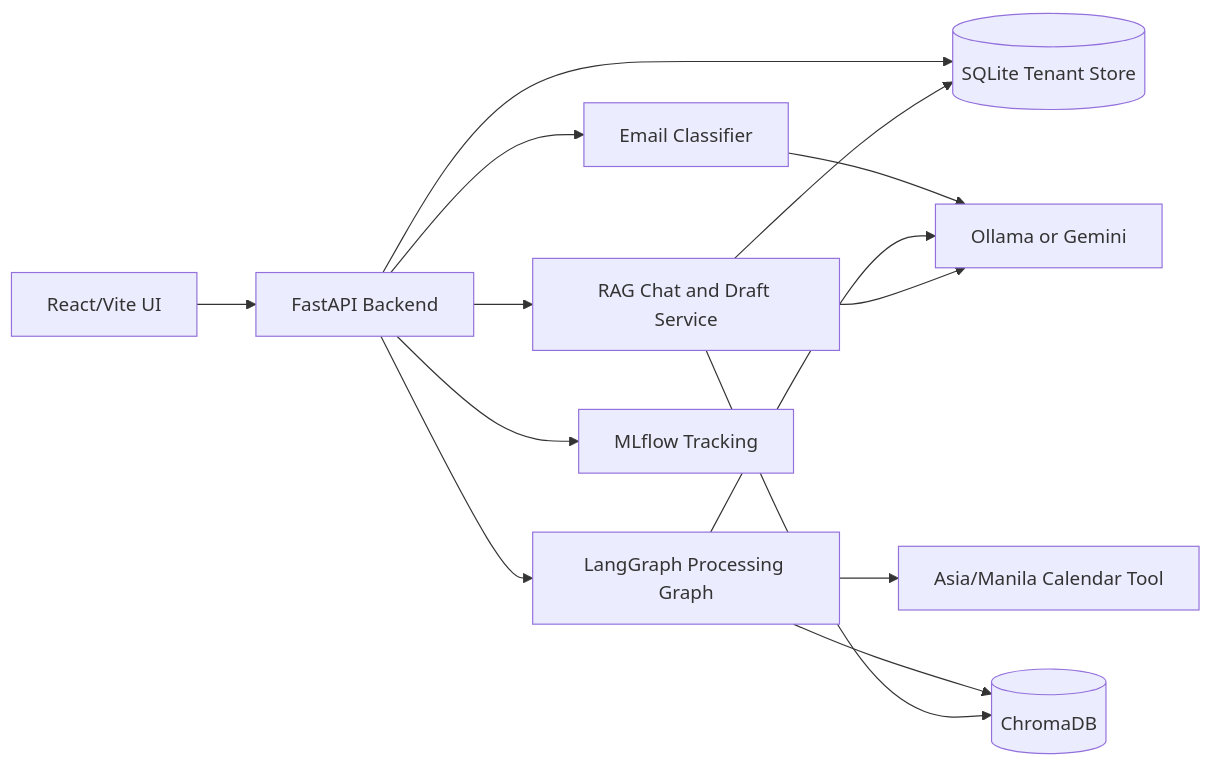
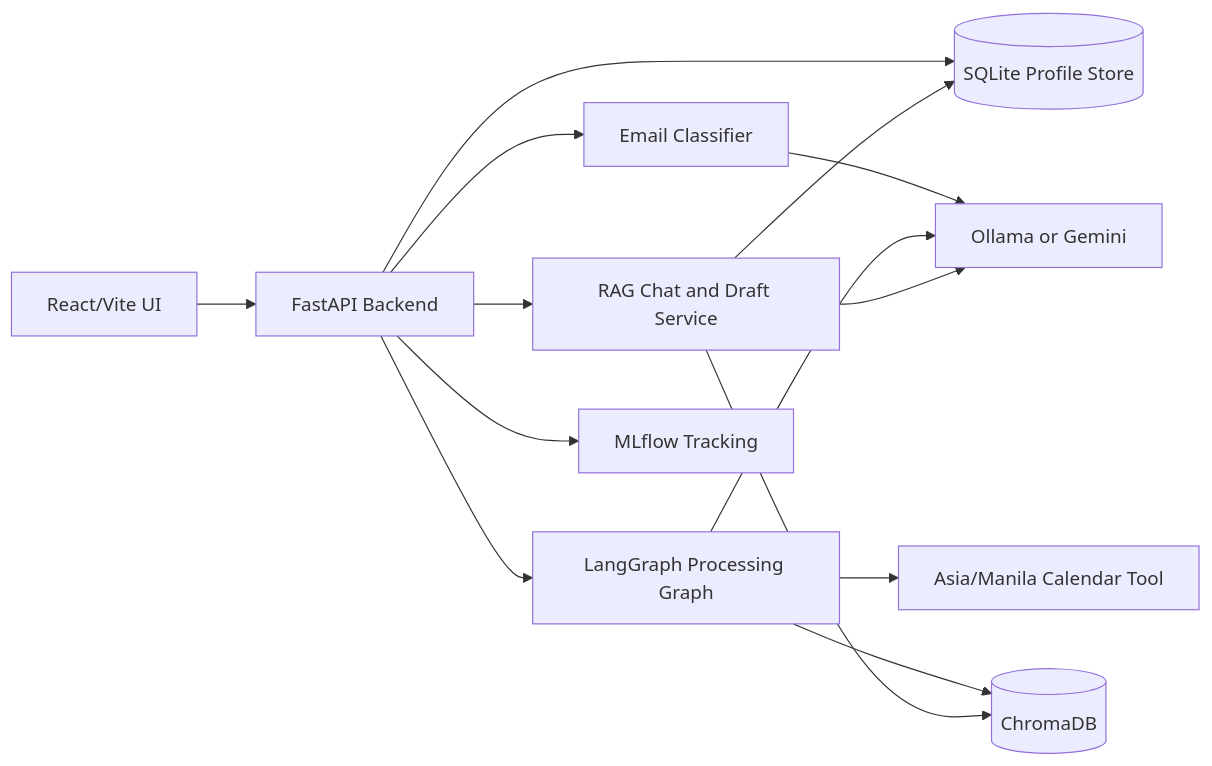
The diagram in README.md (aaaaandreiii/SwiftMemo_STAI1000), drawn with Mermaid before and after one commit. The commit also changed other lines of this file and 23 other files, not shown here.

````diff
--- a/README.md
+++ b/README.md
@@ -48,16 +48,16 @@
 ```mermaid
 flowchart LR
     UI[React/Vite UI] --> API[FastAPI Backend]
-    API --> SQLite[(SQLite Tenant Store)]
+    API --> SQLite[(SQLite Profile Store)]
     API --> Classifier[Email Classifier]
     API --> Agent[LangGraph Processing Graph]
     API --> Chat[RAG Chat and Draft Service]
     Agent --> Calendar[Asia/Manila Calendar Tool]
     Agent --> Chroma[(ChromaDB)]
     Chat --> Chroma
     Chat --> SQLite
     Classifier --> LLM[Ollama or Gemini]
     Agent --> LLM
     Chat --> LLM
     API --> MLflow[MLflow Tracking]
 ```
````
